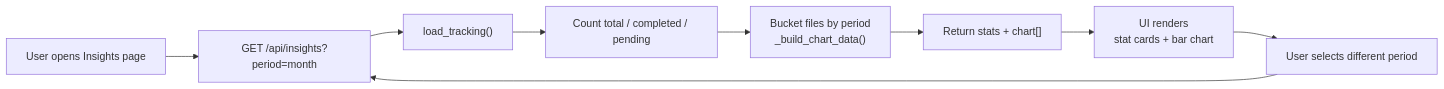
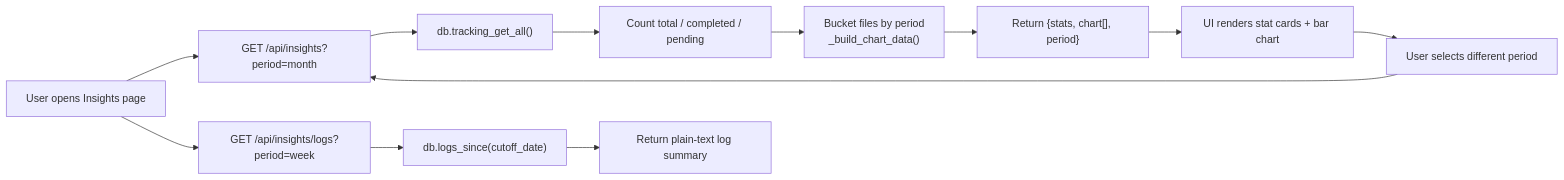
One commit to HackToTheFuture-WatsonX/WatsonX changed the fifth of 8 diagrams in docs/pdf-extractor-v3/features.md. Above: the diagram before and after it, drawn with Mermaid. The commit also changed other lines of this file and 9 other files, not shown here.

````diff
--- a/docs/pdf-extractor-v3/features.md
+++ b/docs/pdf-extractor-v3/features.md
@@ -193,11 +197,14 @@
 ```mermaid
 flowchart LR
     A["User opens Insights page"] --> B["GET /api/insights?period=month"]
-    B --> C["load_tracking()"]
+    B --> C["db.tracking_get_all()"]
     C --> D["Count total / completed / pending"]
     D --> E["Bucket files by period\n_build_chart_data()"]
-    E --> F["Return stats + chart[]"]
-    F --> G["UI renders\nstat cards + bar chart"]
+    E --> F["Return {stats, chart[], period}"]
+    F --> G["UI renders stat cards + bar chart"]
     G --> H["User selects different period"]
     H --> B
+    A --> I["GET /api/insights/logs?period=week"]
+    I --> J["db.logs_since(cutoff_date)"]
+    J --> K["Return plain-text log summary"]
 ```
````
